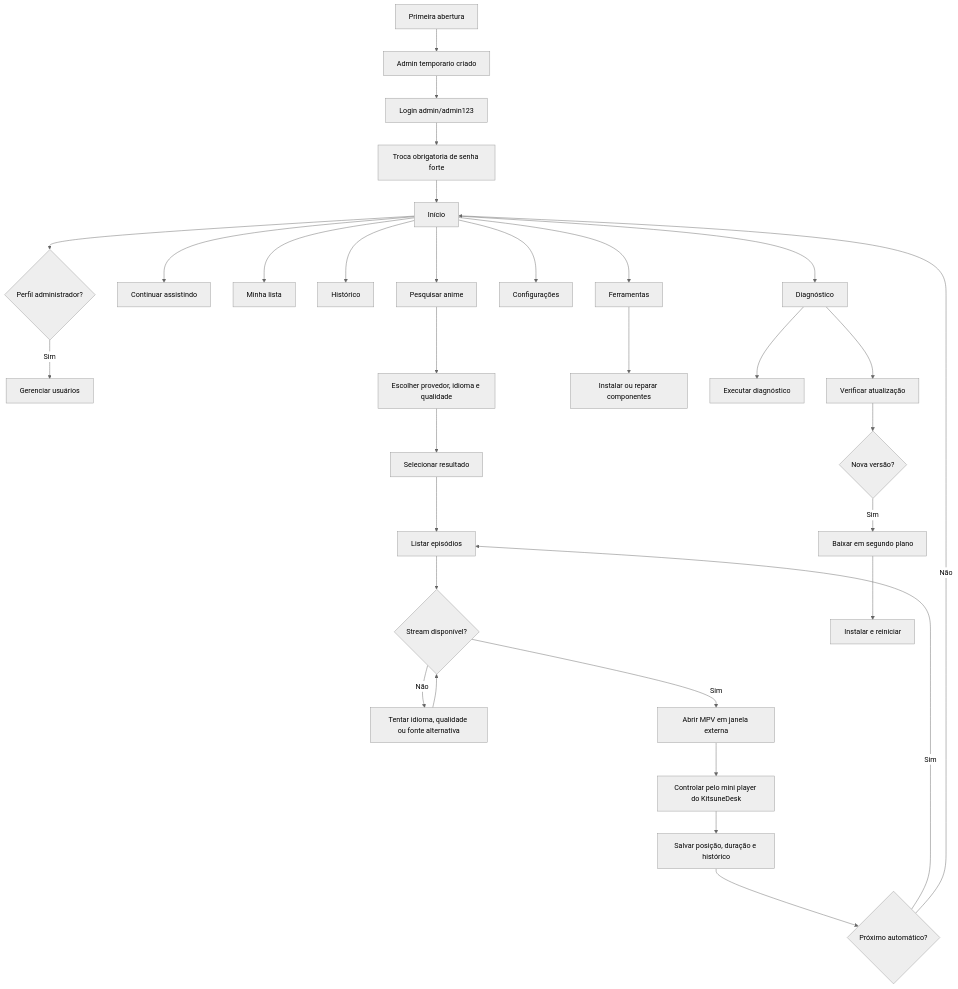
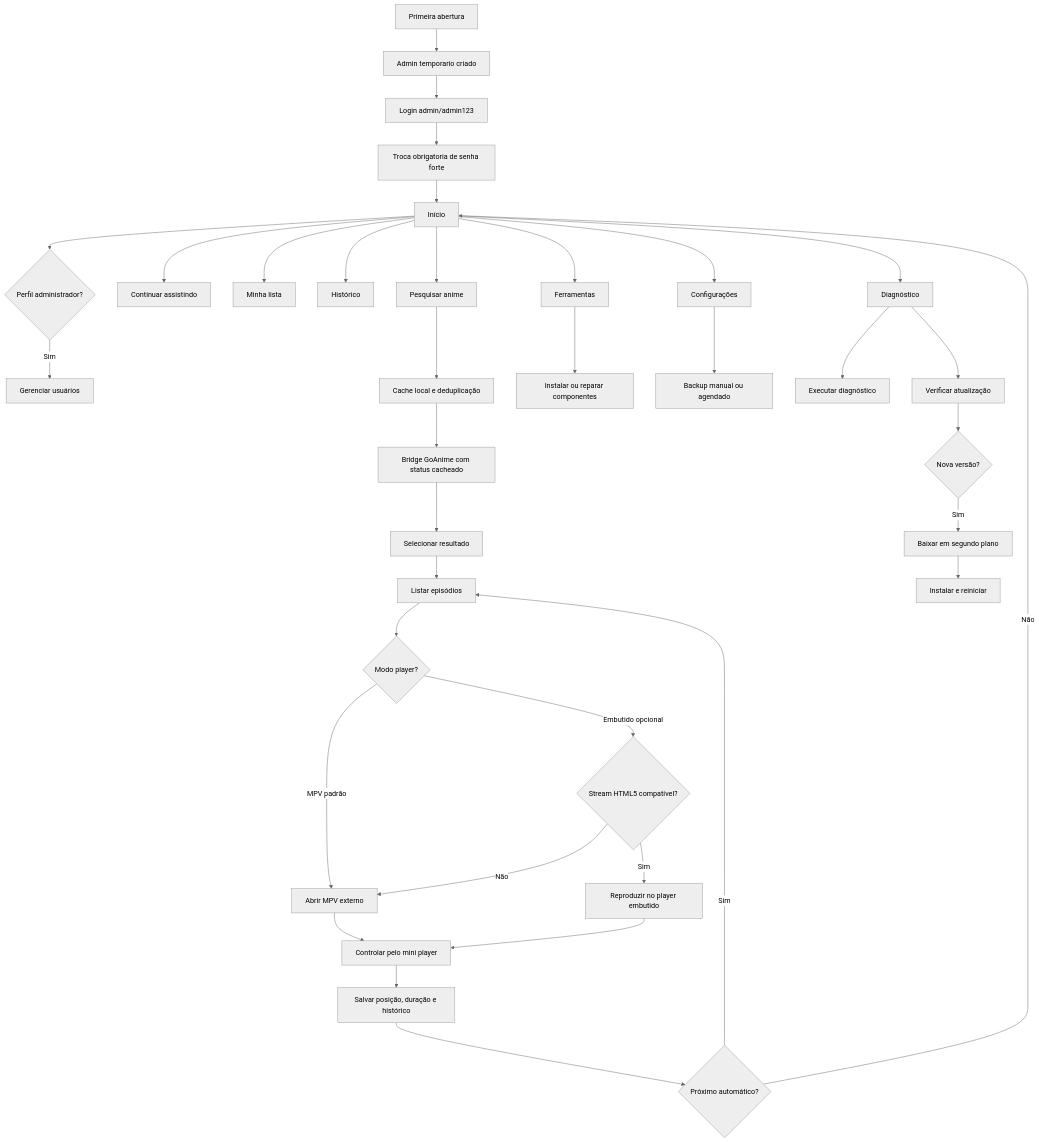
The diagram in README.md (RaphaelTW/kitsuneDesk), drawn with Mermaid (neutral theme) before and after one commit. The commit also changed other lines of this file and 31 other files, not shown here.

Commit message:
feat: publica KitsuneDesk v0.14.0 com performance e release segura

````diff
--- a/README.md
+++ b/README.md
@@ -94,37 +98,41 @@
 ```mermaid
 flowchart TD
     A[Primeira abertura] --> B[Admin temporario criado]
     B --> C[Login admin/admin123]
     C --> D[Troca obrigatoria de senha forte]
     D --> E[Início]
 
     E --> F[Pesquisar anime]
     E --> G[Continuar assistindo]
     E --> H[Minha lista]
     E --> I[Histórico]
     E --> J[Ferramentas]
     E --> K[Configurações]
     E --> L[Diagnóstico]
     E --> M{Perfil administrador?}
     M -- Sim --> N[Gerenciar usuários]
 
-    F --> O[Escolher provedor, idioma e qualidade]
-    O --> P[Selecionar resultado]
-    P --> Q[Listar episódios]
-    Q --> R{Stream disponível?}
-    R -- Não --> S[Tentar idioma, qualidade ou fonte alternativa]
-    S --> R
-    R -- Sim --> T[Abrir MPV em janela externa]
-    T --> U[Controlar pelo mini player do KitsuneDesk]
-    U --> V[Salvar posição, duração e histórico]
-    V --> W{Próximo automático?}
-    W -- Sim --> Q
-    W -- Não --> E
+    F --> O[Cache local e deduplicação]
+    O --> P[Bridge GoAnime com status cacheado]
+    P --> Q[Selecionar resultado]
+    Q --> R[Listar episódios]
+    R --> S{Modo player?}
+    S -- MPV padrão --> T[Abrir MPV externo]
+    S -- Embutido opcional --> U{Stream HTML5 compatível?}
+    U -- Sim --> V[Reproduzir no player embutido]
+    U -- Não --> T
+    T --> W[Controlar pelo mini player]
+    V --> W
+    W --> X[Salvar posição, duração e histórico]
+    X --> Y{Próximo automático?}
+    Y -- Sim --> R
+    Y -- Não --> E
 
-    J --> X[Instalar ou reparar componentes]
-    L --> Y[Executar diagnóstico]
-    L --> Z[Verificar atualização]
-    Z --> AA{Nova versão?}
-    AA -- Sim --> AB[Baixar em segundo plano]
-    AB --> AC[Instalar e reiniciar]
+    J --> Z[Instalar ou reparar componentes]
+    K --> BA[Backup manual ou agendado]
+    L --> BB[Executar diagnóstico]
+    L --> BC[Verificar atualização]
+    BC --> BD{Nova versão?}
+    BD -- Sim --> BE[Baixar em segundo plano]
+    BE --> BF[Instalar e reiniciar]
 ```
````
